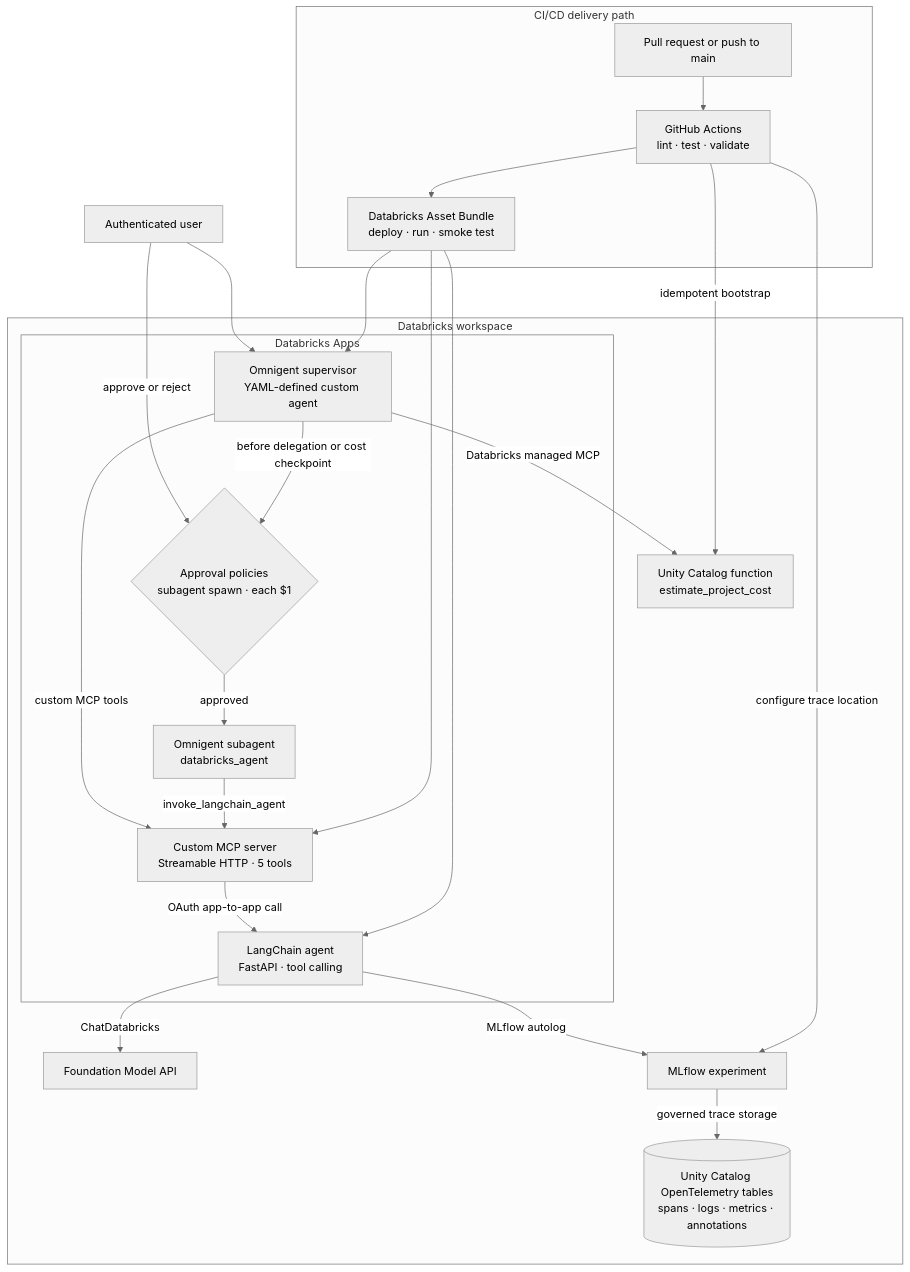
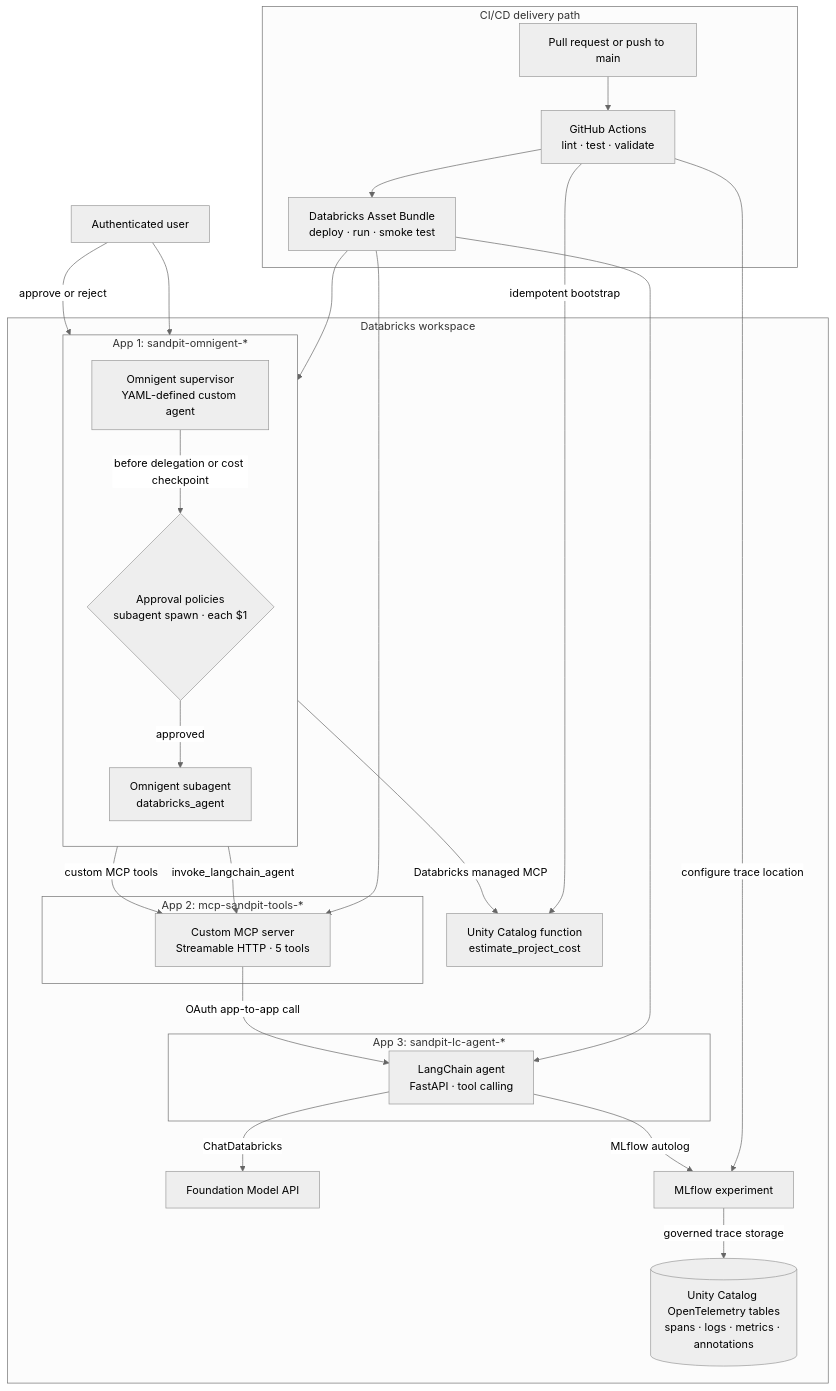
One commit to zacdav-db/databricks-agent-cicd-sandpit changed the diagram in README.md. Above: the diagram before and after it, drawn with Mermaid (neutral theme).

Commit message:
Show each Databricks App explicitly

````diff
--- a/README.md
+++ b/README.md
@@ -16,44 +16,51 @@
 ```mermaid
 flowchart TB
     User["Authenticated user"]
 
     subgraph Delivery["CI/CD delivery path"]
         Git["Pull request or push to main"]
         CI["GitHub Actions<br/>lint · test · validate"]
         Bundle["Databricks Asset Bundle<br/>deploy · run · smoke test"]
         Git --> CI --> Bundle
     end
 
     subgraph Workspace["Databricks workspace"]
-        subgraph Apps["Databricks Apps"]
+        subgraph OmniApp["App 1: sandpit-omnigent-*"]
+            direction TB
             Omni["Omnigent supervisor<br/>YAML-defined custom agent"]
             Policy{"Approval policies<br/>subagent spawn · each $1"}
             Subagent["Omnigent subagent<br/>databricks_agent"]
+        end
+
+        subgraph MCPApp["App 2: mcp-sandpit-tools-*"]
             MCP["Custom MCP server<br/>Streamable HTTP · 5 tools"]
+        end
+
+        subgraph LangChainApp["App 3: sandpit-lc-agent-*"]
             LangChain["LangChain agent<br/>FastAPI · tool calling"]
         end
 
         UC["Unity Catalog function<br/>estimate_project_cost"]
         Model["Foundation Model API"]
         Experiment["MLflow experiment"]
         Traces[("Unity Catalog OpenTelemetry tables<br/>spans · logs · metrics · annotations")]
     end
 
     Bundle --> Omni
     Bundle --> MCP
     Bundle --> LangChain
     CI -->|"idempotent bootstrap"| UC
     CI -->|"configure trace location"| Experiment
 
     User --> Omni
     Omni -->|"before delegation or cost checkpoint"| Policy
     User -->|"approve or reject"| Policy
     Policy -->|"approved"| Subagent
     Subagent -->|"invoke_langchain_agent"| MCP
     Omni -->|"custom MCP tools"| MCP
     Omni -->|"Databricks managed MCP"| UC
     MCP -->|"OAuth app-to-app call"| LangChain
     LangChain -->|"ChatDatabricks"| Model
     LangChain -->|"MLflow autolog"| Experiment
     Experiment -->|"governed trace storage"| Traces
 ```
````
